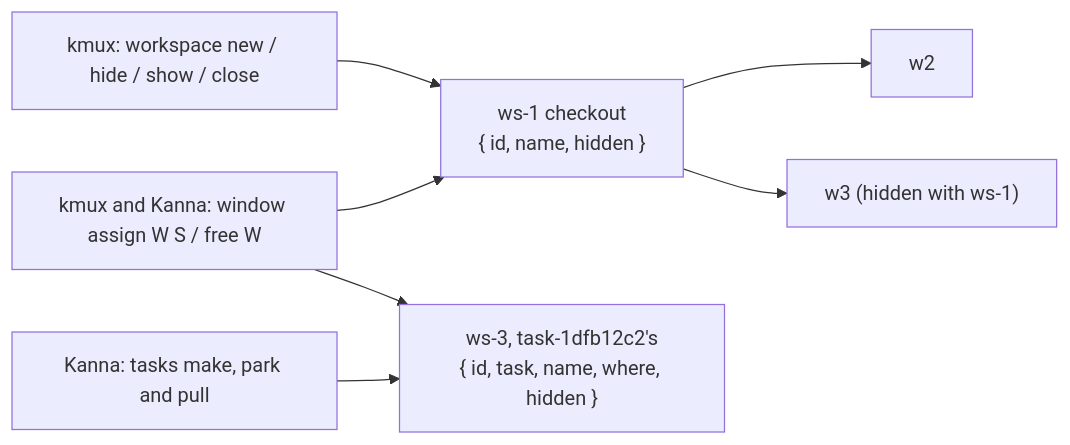
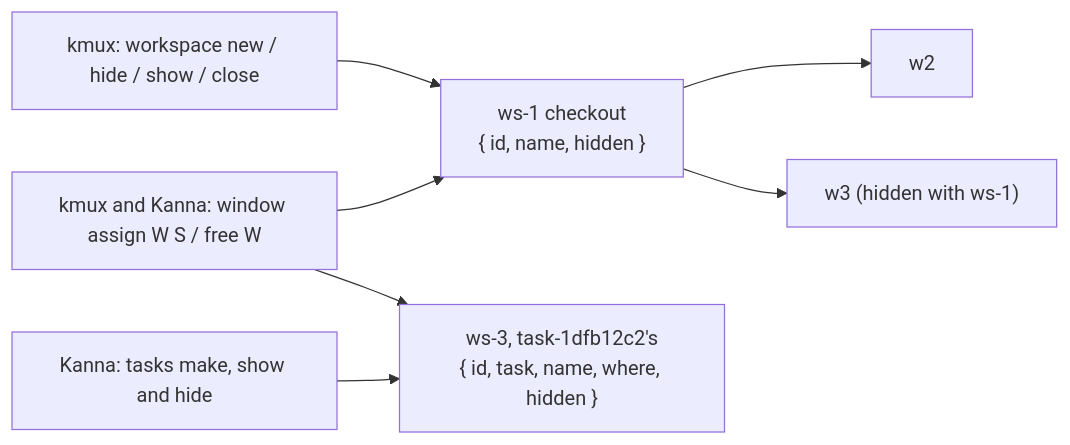
The third of 3 diagrams in docs/specs/workspaces.md (tampopogk/kanna), drawn with Mermaid before and after one commit. The commit also changed other lines of this file and 51 other files, not shown here.

````diff
--- a/docs/specs/workspaces.md
+++ b/docs/specs/workspaces.md
@@ -169,9 +169,9 @@
 ```mermaid
 flowchart LR
     KW["kmux: workspace new / hide / show / close"] --> S["ws-1 checkout<br/>{ id, name, hidden }"]
     KA["kmux and Kanna: window assign W S / free W"] --> S
     S --> W2["w2"]
     S --> W3["w3 (hidden with ws-1)"]
-    T["Kanna: tasks make, park and pull"] --> TW["ws-3, task-1dfb12c2's<br/>{ id, task, name, where, hidden }"]
+    T["Kanna: tasks make, show and hide"] --> TW["ws-3, task-1dfb12c2's<br/>{ id, task, name, where, hidden }"]
     KA --> TW
 ```
````
